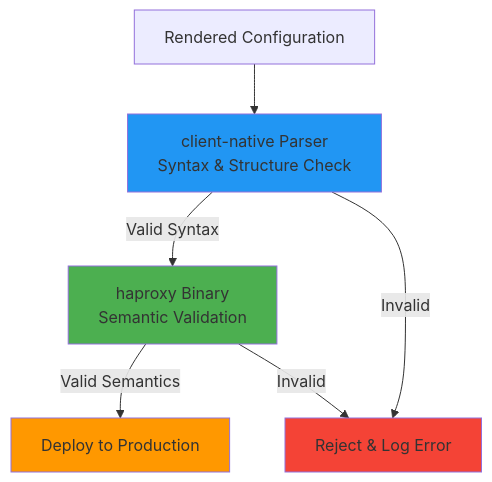
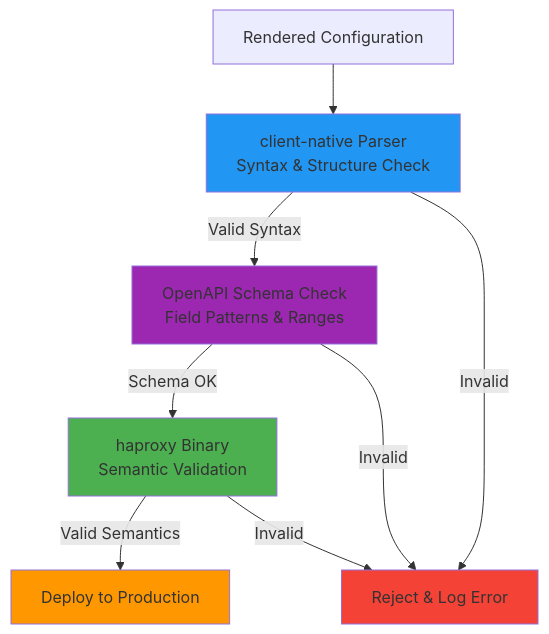
One commit to HAProxy-Template-IC/haproxy-template-ingress-controller changed the third of 3 diagrams in docs/controller/docs/development/design/architecture-overview.md. Above: the diagram before and after it, drawn with Mermaid. The commit also changed 49 other files, not shown here.

````diff
--- a/docs/controller/docs/development/design/architecture-overview.md
+++ b/docs/controller/docs/development/design/architecture-overview.md
@@ -178,19 +178,23 @@
 ```mermaid
 graph TD
     RENDER[Rendered Configuration]
     PARSE[client-native Parser<br/>Syntax & Structure Check]
+    SCHEMA[OpenAPI Schema Check<br/>Field Patterns & Ranges]
     BIN[haproxy Binary<br/>Semantic Validation]
     DEPLOY[Deploy to Production]
     ERROR[Reject & Log Error]
 
     RENDER --> PARSE
-    PARSE -->|Valid Syntax| BIN
+    PARSE -->|Valid Syntax| SCHEMA
     PARSE -->|Invalid| ERROR
+    SCHEMA -->|Schema OK| BIN
+    SCHEMA -->|Invalid| ERROR
     BIN -->|Valid Semantics| DEPLOY
     BIN -->|Invalid| ERROR
 
     style PARSE fill:#2196F3
+    style SCHEMA fill:#9C27B0
     style BIN fill:#4CAF50
     style DEPLOY fill:#FF9800
     style ERROR fill:#F44336
 ```
````
